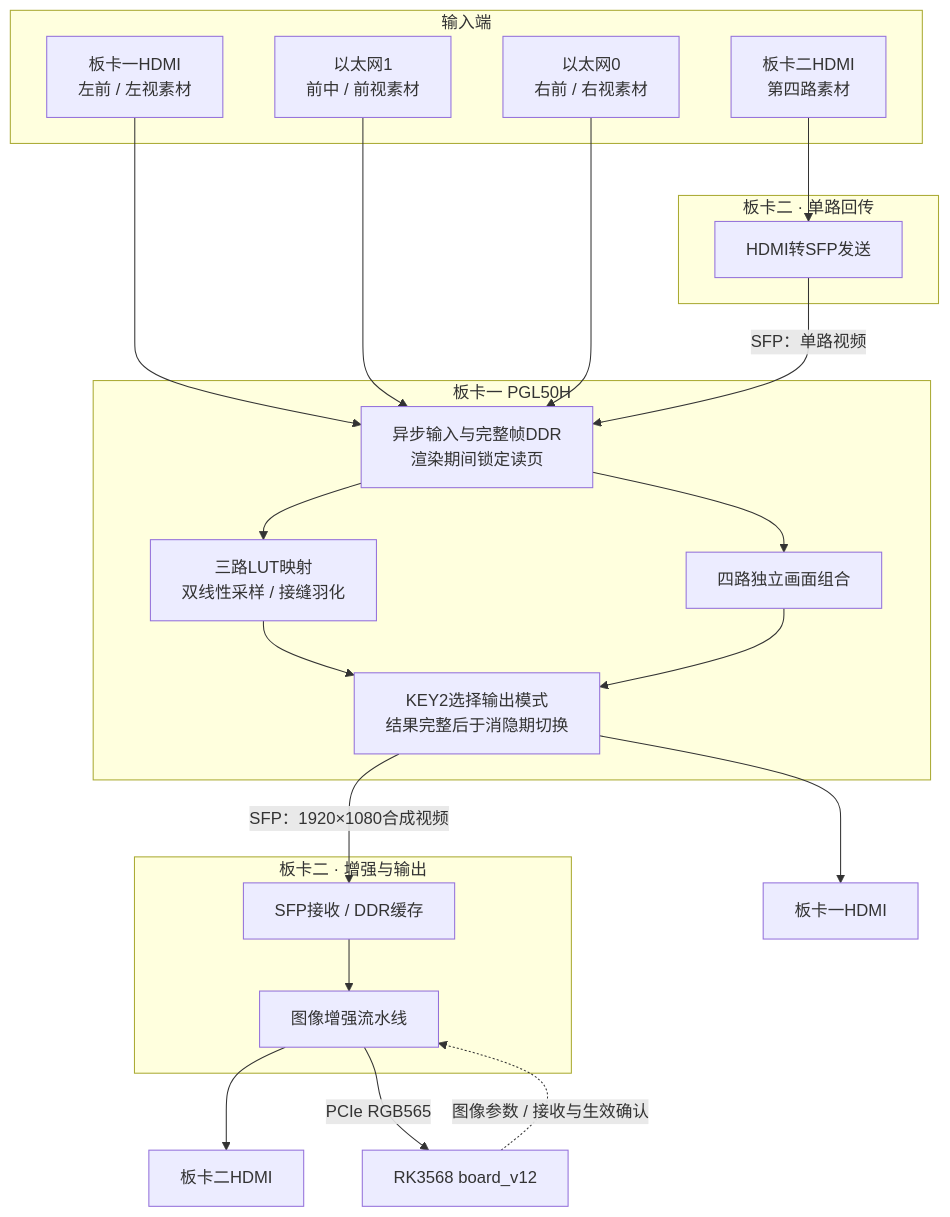
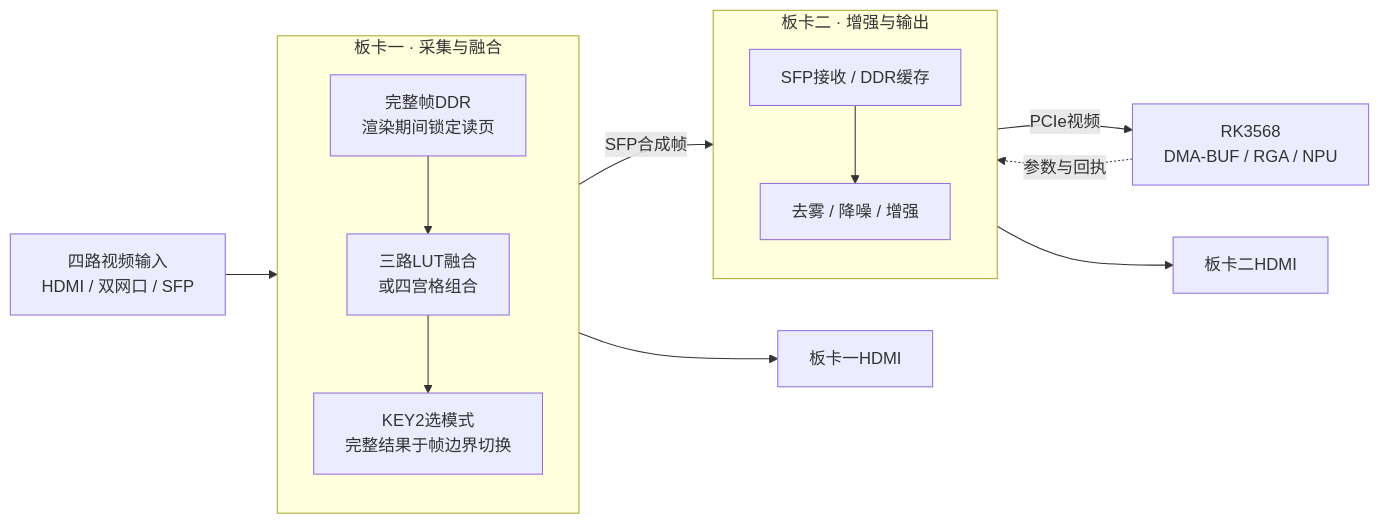
The first of 2 diagrams in fpga/dual_board/README.md (istiurosmadelgordont-cloud/RoadFusion-Edge), drawn with Mermaid before and after one commit. The commit also changed other lines of this file and 5 other files, not shown here.

First line of the commit message:
docs: reflow architecture diagrams into horizontal stages

````diff
--- a/fpga/dual_board/README.md
+++ b/fpga/dual_board/README.md
@@ -17,35 +17,24 @@
 ```mermaid
-flowchart TB
-    subgraph SOURCES["输入端"]
-        H1["板卡一HDMI<br/>左前 / 左视素材"]
-        E1["以太网1<br/>前中 / 前视素材"]
-        E0["以太网0<br/>右前 / 右视素材"]
-        H2["板卡二HDMI<br/>第四路素材"]
-    end
-    subgraph B1["板卡一 PGL50H"]
-        CAP["异步输入与完整帧DDR<br/>渲染期间锁定读页"]
-        LUT["三路LUT映射<br/>双线性采样 / 接缝羽化"]
-        QUAD["四路独立画面组合"]
-        MODE["KEY2选择输出模式<br/>结果完整后于消隐期切换"]
-        CAP --> LUT --> MODE
-        CAP --> QUAD --> MODE
-    end
-    subgraph TXBLOCK["板卡二 · 单路回传"]
-        TX["HDMI转SFP发送"]
+flowchart LR
+    INPUT["四路视频输入<br/>HDMI / 双网口 / SFP"]
+    subgraph B1["板卡一 · 采集与融合"]
+        direction TB
+        CAP["完整帧DDR<br/>渲染期间锁定读页"]
+        VIEW["三路LUT融合<br/>或四宫格组合"]
+        MODE["KEY2选模式<br/>完整结果于帧边界切换"]
+        CAP --> VIEW --> MODE
     end
     subgraph B2["板卡二 · 增强与输出"]
+        direction TB
         RX["SFP接收 / DDR缓存"]
-        IMG["图像增强流水线"]
+        IMG["去雾 / 降噪 / 增强"]
         RX --> IMG
     end
-    H1 --> CAP
-    E1 --> CAP
-    E0 --> CAP
-    H2 --> TX
-    TX -->|SFP：单路视频| CAP
-    MODE --> M1["板卡一HDMI"]
-    MODE -->|SFP：1920×1080合成视频| RX
-    IMG --> M2["板卡二HDMI"]
-    IMG -->|PCIe RGB565| ARM["RK3568 board_v12"]
-    ARM -.->|图像参数 / 接收与生效确认| IMG
+    ARM["RK3568<br/>DMA-BUF / RGA / NPU"]
+    INPUT --> B1
+    B1 -->|SFP合成帧| B2
+    B2 -->|PCIe视频| ARM
+    B1 --> M1["板卡一HDMI"]
+    B2 --> M2["板卡二HDMI"]
+    ARM -.->|参数与回执| B2
 ```
````
